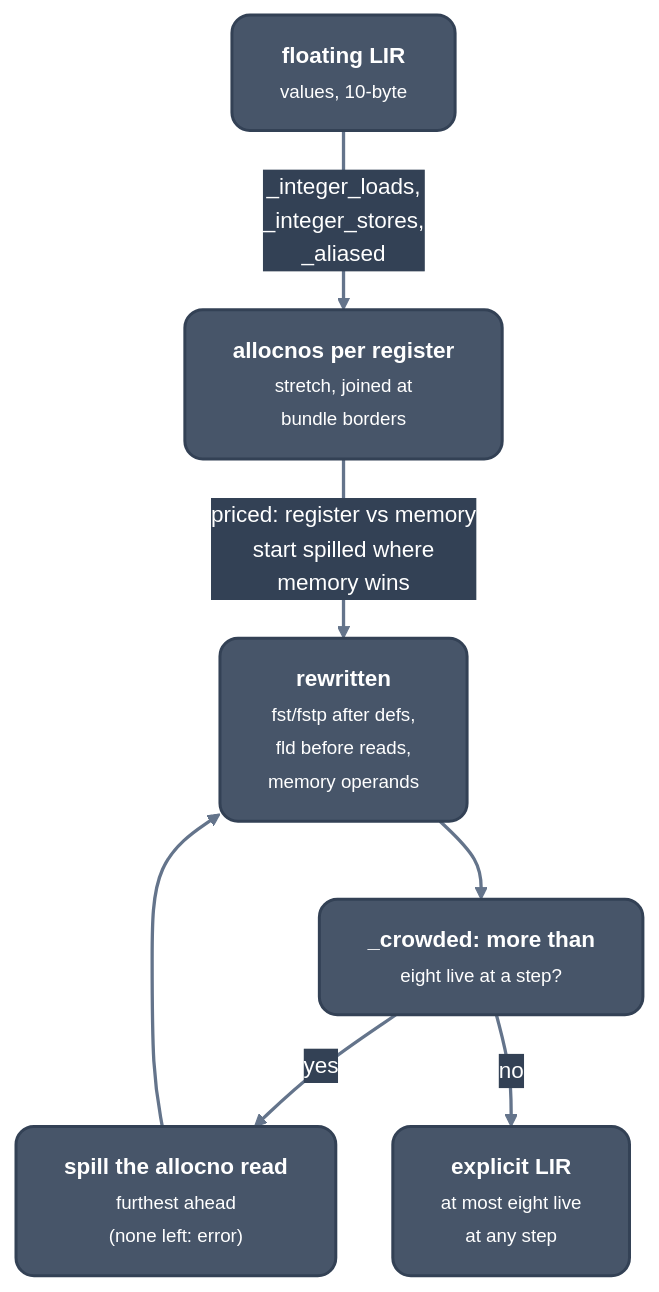
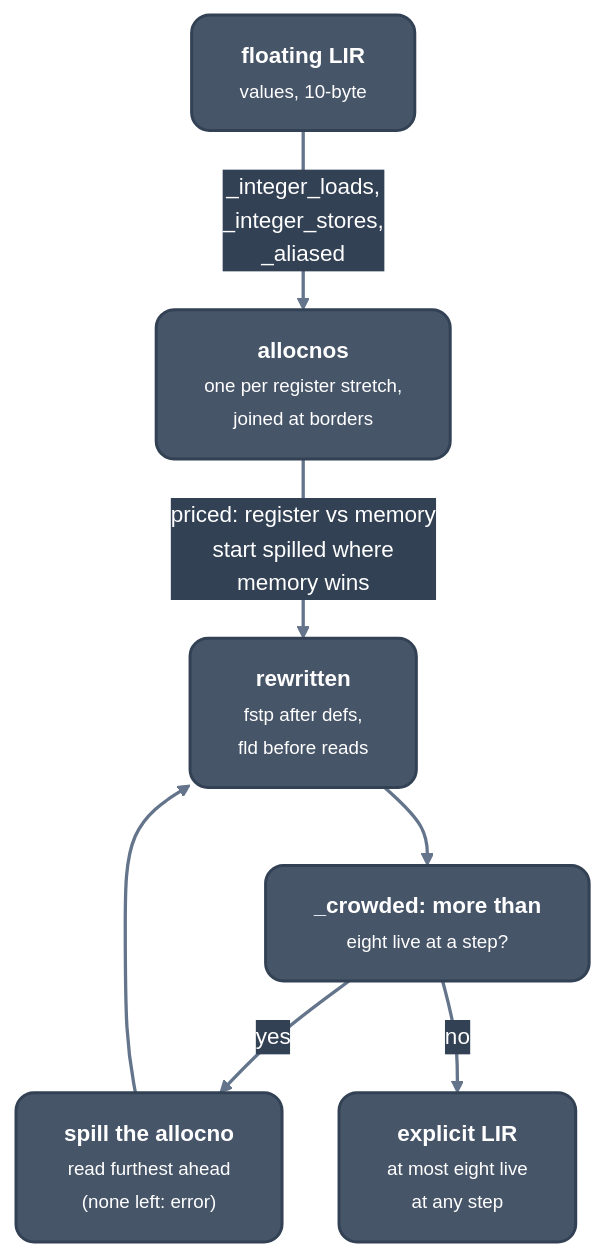
The diagram in docs/optimizations/backend/floatassign.md (ali-mosavian/llrm), drawn with Mermaid before and after one commit. The commit also changed other lines of this file and 391 other files, not shown here.

Commit message:
docs(headers): purpose, mechanism, figure and a real example in every header; pages regenerated

````diff
--- a/docs/optimizations/backend/floatassign.md
+++ b/docs/optimizations/backend/floatassign.md
@@ -45,18 +45,18 @@
 ```mermaid
 %%{init: {'theme':'base','themeVariables':{'fontFamily':'Segoe UI, Helvetica Neue, Arial, DejaVu Sans, sans-serif','fontSize':'15px','primaryColor':'#475569','primaryTextColor':'#ffffff','primaryBorderColor':'#334155','lineColor':'#64748b','secondaryColor':'#475569','tertiaryColor':'transparent','clusterBkg':'transparent','clusterBorder':'#64748b','edgeLabelBackground':'#334155','textColor':'#64748b','titleColor':'#64748b'},'flowchart':{'curve':'basis','nodeSpacing':38,'rankSpacing':52,'padding':16,'wrappingWidth':360,'htmlLabels':true,'useMaxWidth':true}}}%%
 flowchart TB
   classDef mid fill:#475569,stroke:#334155,stroke-width:2px,color:#ffffff,rx:12px,ry:12px
   linkStyle default stroke:#64748b,stroke-width:2.2px
   a["<b>floating LIR</b><br/><small>values, 10-byte</small>"]:::mid
-  b["<b>allocnos per register</b><br/><small>stretch, joined at<br/>bundle borders</small>"]:::mid
-  c["<b>rewritten</b><br/><small>fst/fstp after defs,<br/>fld before reads,<br/>memory operands</small>"]:::mid
+  b["<b>allocnos</b><br/><small>one per register stretch,<br/>joined at borders</small>"]:::mid
+  c["<b>rewritten</b><br/><small>fstp after defs,<br/>fld before reads</small>"]:::mid
   d["<b>_crowded: more than</b><br/><small>eight live at a step?</small>"]:::mid
-  e["<b>spill the allocno read</b><br/><small>furthest ahead<br/>(none left: error)</small>"]:::mid
+  e["<b>spill the allocno</b><br/><small>read furthest ahead<br/>(none left: error)</small>"]:::mid
   f["<b>explicit LIR</b><br/><small>at most eight live<br/>at any step</small>"]:::mid
   a -->|"_integer_loads,<br/>_integer_stores,<br/>_aliased"| b
   b -->|"priced: register vs memory<br/>start spilled where<br/>memory wins"| c
   c --> d
   d -->|"yes"| e
   e --> c
   d -->|"no"| f
 ```
````
